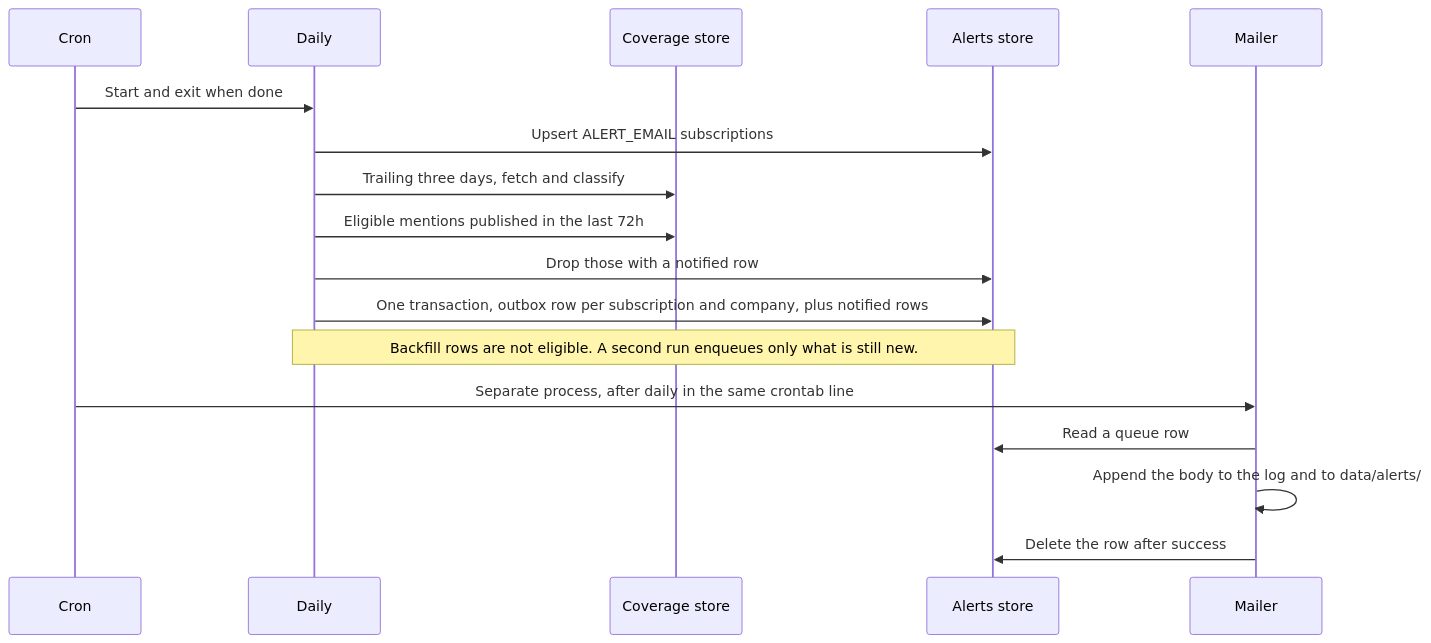
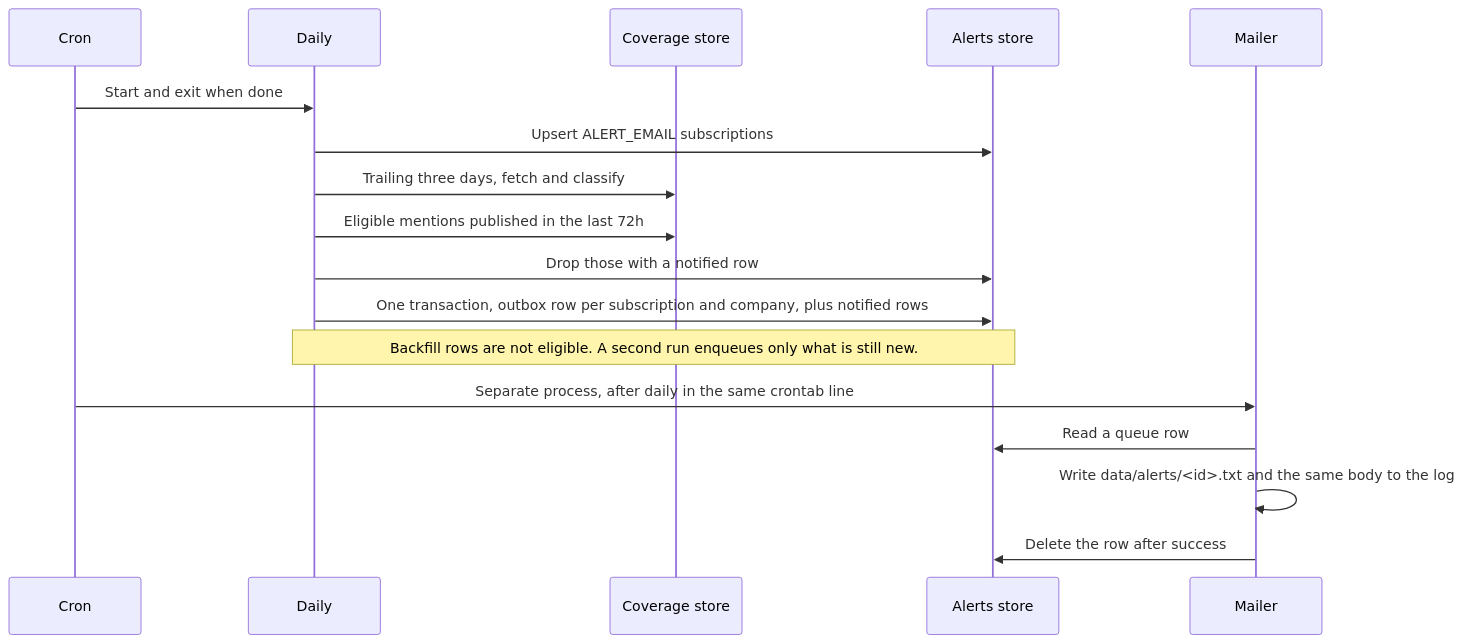
Before and after one commit to itayavtalyon/press-mentions: the fourth of 8 diagrams in docs/ARCHITECTURE.md, drawn with Mermaid. The commit also changed other lines of this file and 21 other files, not shown here.

First line of the commit message:
docs: lock the architecture and the agent coding standard

````diff
--- a/docs/ARCHITECTURE.md
+++ b/docs/ARCHITECTURE.md
@@ -119,20 +119,20 @@
 ```mermaid
 sequenceDiagram
   participant Cron
   participant Daily
   participant Coverage as Coverage store
   participant Alerts as Alerts store
   participant Mail as Mailer
 
   Cron->>Daily: Start and exit when done
   Daily->>Alerts: Upsert ALERT_EMAIL subscriptions
   Daily->>Coverage: Trailing three days, fetch and classify
   Daily->>Coverage: Eligible mentions published in the last 72h
   Daily->>Alerts: Drop those with a notified row
   Daily->>Alerts: One transaction, outbox row per subscription and company, plus notified rows
   Note over Daily,Alerts: Backfill rows are not eligible. A second run enqueues only what is still new.
   Cron->>Mail: Separate process, after daily in the same crontab line
   Mail->>Alerts: Read a queue row
-  Mail->>Mail: Append the body to the log and to data/alerts/
+  Mail->>Mail: Write data/alerts/<id>.txt and the same body to the log
   Mail->>Alerts: Delete the row after success
 ```
````
